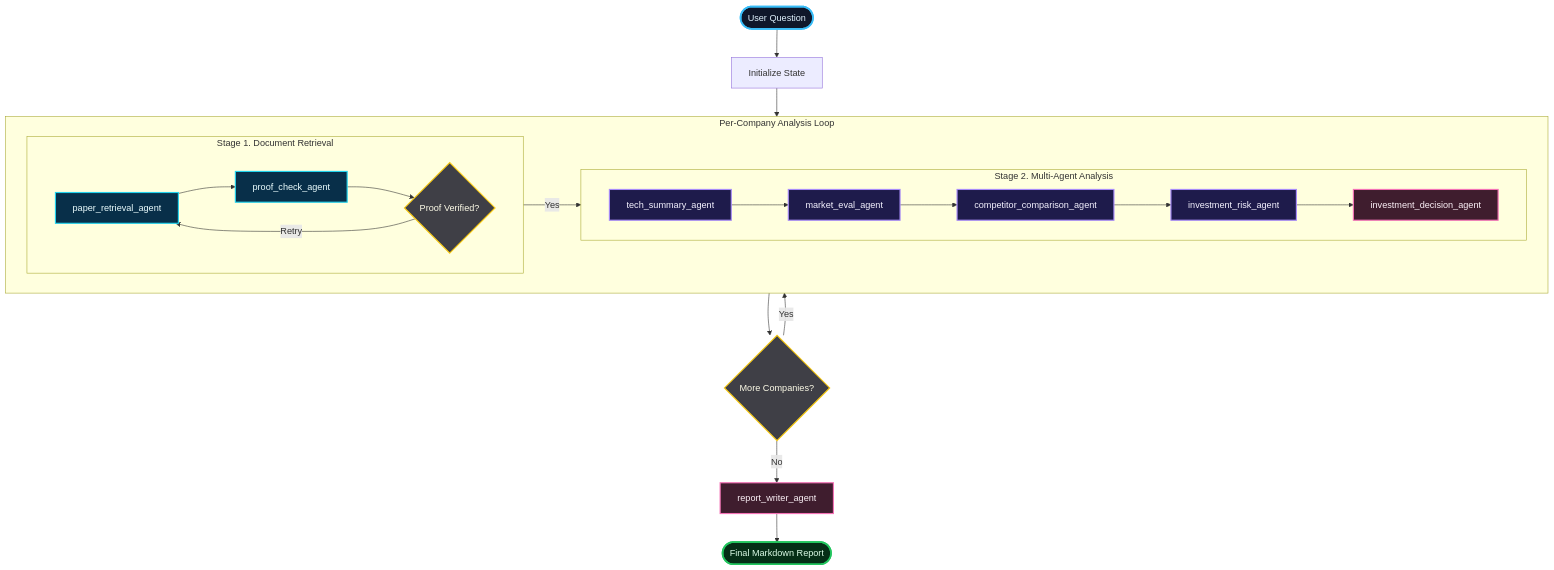
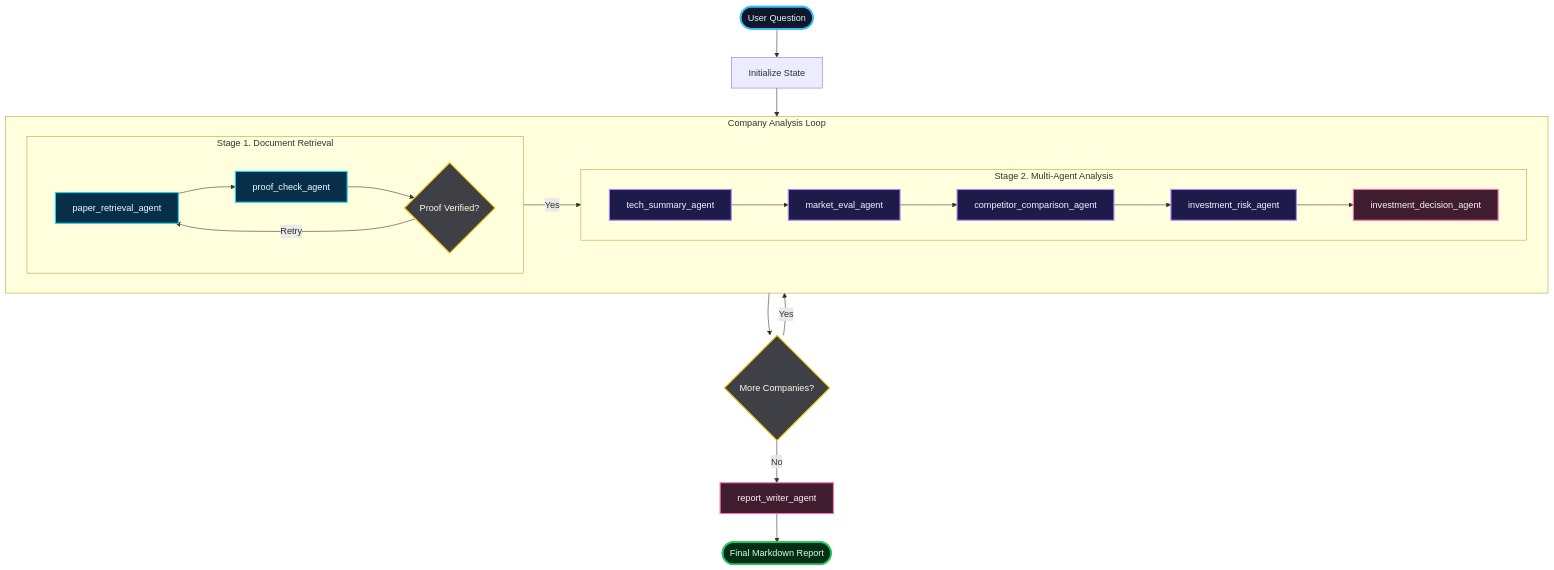
The first of 9 diagrams in README.md (SKALA-Rag-MiniProject/Semiconductor-Startup-Investment-Agent), drawn with Mermaid before and after one commit. The commit also changed other lines of this file, not shown here.

````diff
--- a/README.md
+++ b/README.md
@@ -105,49 +105,49 @@
 ```mermaid
 flowchart TD
     Q([User Question]) --> S[Initialize State]
     S --> LOOP
 
-    subgraph LOOP[Per-Company Analysis Loop]
+    subgraph LOOP[Company Analysis Loop]
         direction LR
 
         subgraph RAG[Stage 1. Document Retrieval]
             direction LR
             R[paper_retrieval_agent]
             P[proof_check_agent]
             CHECK{Proof Verified?}
             R --> P --> CHECK
             CHECK -- Retry --> R
         end
 
         subgraph ANALYSIS[Stage 2. Multi-Agent Analysis]
             direction LR
             T[tech_summary_agent]
             M[market_eval_agent]
             C[competitor_comparison_agent]
             RK[investment_risk_agent]
             D[investment_decision_agent]
             T --> M --> C --> RK --> D
         end
 
         CHECK -- Yes --> T
     end
 
     D --> NEXT{More Companies?}
     NEXT -- Yes --> LOOP
     NEXT -- No --> W[report_writer_agent]
     W --> OUT([Final Markdown Report])
 
     classDef input fill:#0f172a,stroke:#38bdf8,color:#e0f2fe,stroke-width:3px;
     classDef output fill:#052e16,stroke:#22c55e,color:#dcfce7,stroke-width:3px;
     classDef rag fill:#082f49,stroke:#22d3ee,color:#ecfeff,stroke-width:2px;
     classDef analysis fill:#1e1b4b,stroke:#a78bfa,color:#f5f3ff,stroke-width:2px;
     classDef decision fill:#3f1d2e,stroke:#f472b6,color:#fdf2f8,stroke-width:2px;
     classDef gate fill:#3f3f46,stroke:#facc15,color:#fefce8,stroke-width:2px;
 
     class Q input;
     class OUT output;
     class R,P rag;
     class T,M,C,RK analysis;
     class D,W decision;
     class CHECK,NEXT gate;
 ```
````
